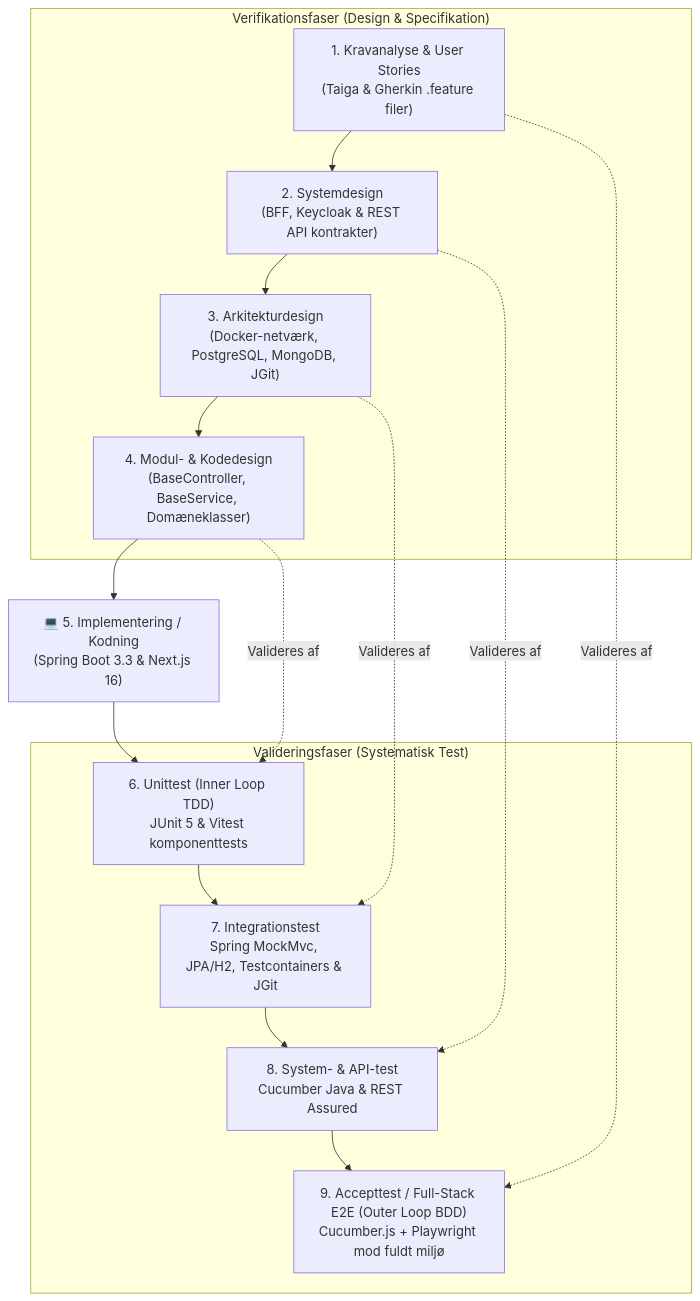
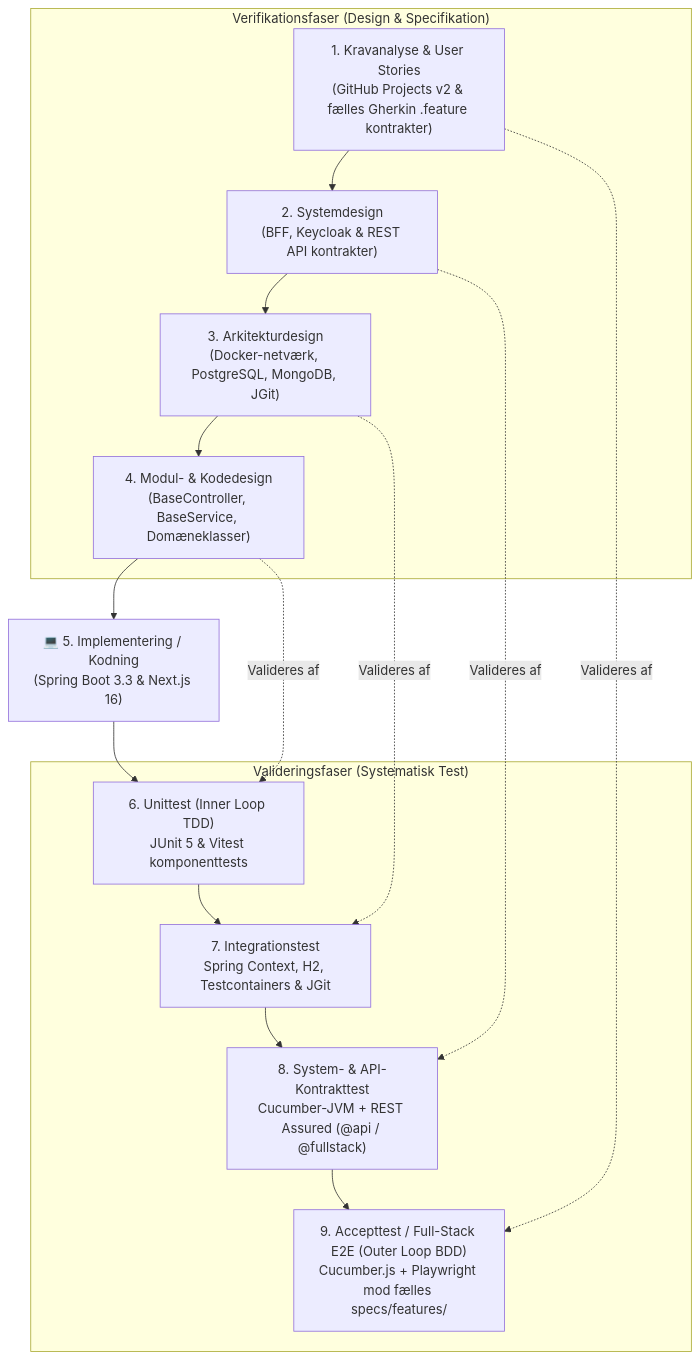
One commit to 7-3-N-3-7/api changed diagram 11 of 15 in HOVEDOPGAVE_DRAFT.md. Above: the diagram before and after it, drawn with Mermaid. The commit also changed other lines of this file and 16 other files, not shown here.

Commit message:
feat: add generic GitHub SDLC framework with 98% gates

````diff
--- a/HOVEDOPGAVE_DRAFT.md
+++ b/HOVEDOPGAVE_DRAFT.md
@@ -1027,26 +1027,26 @@
 ```mermaid
 flowchart TB
     subgraph Verification["Verifikationsfaser (Design & Specifikation)"]
-        R1["1. Kravanalyse & User Stories\n(Taiga & Gherkin .feature filer)"]
+        R1["1. Kravanalyse & User Stories\n(GitHub Projects v2 & fælles Gherkin .feature kontrakter)"]
         R2["2. Systemdesign\n(BFF, Keycloak & REST API kontrakter)"]
         R3["3. Arkitekturdesign\n(Docker-netværk, PostgreSQL, MongoDB, JGit)"]
         R4["4. Modul- & Kodedesign\n(BaseController, BaseService, Domæneklasser)"]
     end
 
     Coding["💻 5. Implementering / Kodning\n(Spring Boot 3.3 & Next.js 16)"]
 
     subgraph Validation["Valideringsfaser (Systematisk Test)"]
         T4["6. Unittest (Inner Loop TDD)\nJUnit 5 & Vitest komponenttests"]
-        T3["7. Integrationstest\nSpring MockMvc, JPA/H2, Testcontainers & JGit"]
-        T2["8. System- & API-test\nCucumber Java & REST Assured"]
-        T1["9. Accepttest / Full-Stack E2E (Outer Loop BDD)\nCucumber.js + Playwright mod fuldt miljø"]
+        T3["7. Integrationstest\nSpring Context, H2, Testcontainers & JGit"]
+        T2["8. System- & API-Kontrakttest\nCucumber-JVM + REST Assured (@api / @fullstack)"]
+        T1["9. Accepttest / Full-Stack E2E (Outer Loop BDD)\nCucumber.js + Playwright mod fælles specs/features/"]
     end
 
     R1 --> R2 --> R3 --> R4 --> Coding
     Coding --> T4 --> T3 --> T2 --> T1
 
     R1 -. "Valideres af" .-> T1
     R2 -. "Valideres af" .-> T2
     R3 -. "Valideres af" .-> T3
     R4 -. "Valideres af" .-> T4
 ```
````
